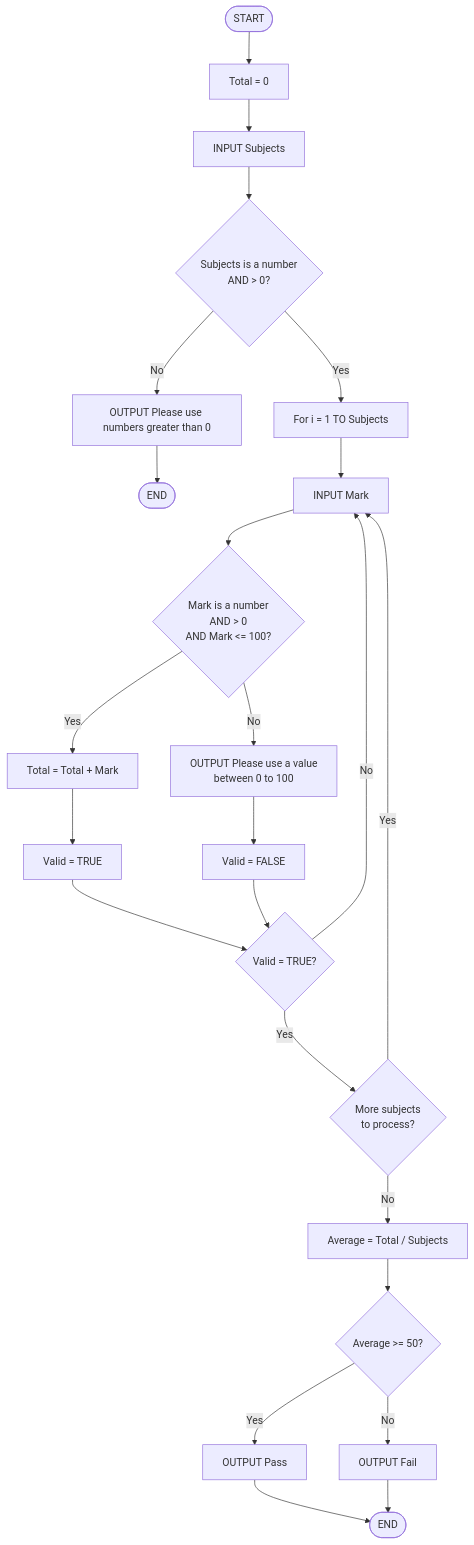
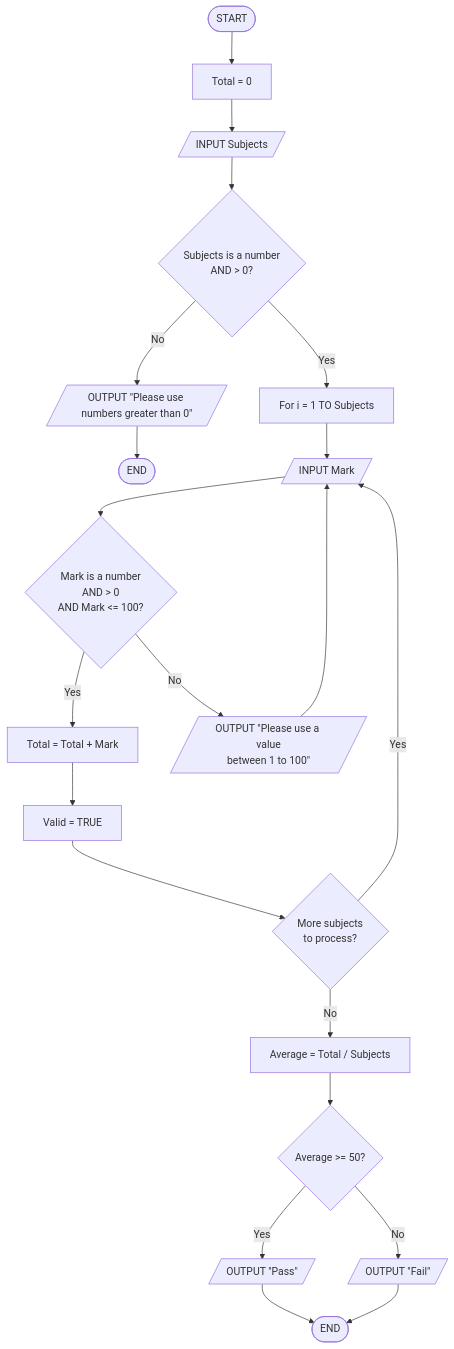
One commit to Matojotam/Workshop-Algorithm-and-flowchart changed the eighth of 10 diagrams in README.md. Above: the diagram before and after it, drawn with Mermaid. The commit also changed other lines of this file, not shown here.

````diff
--- a/README.md
+++ b/README.md
@@ -308,26 +357,43 @@
 ```mermaid
 flowchart TD
-    Start([START]) --> InitTotal[Total = 0]
-    InitTotal --> InputSubjects[INPUT Subjects]
-    InputSubjects --> CheckSubjects{Subjects is a number<br/>AND > 0?}
-    CheckSubjects -->|No| ErrorSubjects[OUTPUT Please use numbers greater than 0]
-    ErrorSubjects --> End1([END])
-    CheckSubjects -->|Yes| ForLoop[For i = 1 TO Subjects]
-    ForLoop --> InputMark[INPUT Mark]
-    InputMark --> CheckMark{Mark is a number<br/>AND > 0<br/>AND Mark <= 100?}
-    CheckMark -->|Yes| AddTotal[Total = Total + Mark]
-    AddTotal --> SetValidTrue[Valid = TRUE]
-    SetValidTrue --> CheckValid{Valid = TRUE?}
-    CheckMark -->|No| ErrorMark[OUTPUT Please use a value<br/>between 0 to 100]
-    ErrorMark --> SetValidFalse[Valid = FALSE]
-    SetValidFalse --> CheckValid
-    CheckValid -->|No| InputMark
-    CheckValid -->|Yes| NextIteration{More subjects<br/>to process?}
+
+    Start(["START"]) --> InitTotal["Total = 0"]
+
+    InitTotal --> InputSubjects[/INPUT Subjects/]
+
+    InputSubjects --> CheckSubjects{"Subjects is a number<br/>AND > 0?"}
+
+    CheckSubjects -->|No| ErrorSubjects[/OUTPUT "Please use numbers greater than 0"/]
+
+    ErrorSubjects --> End1(["END"])
+
+    CheckSubjects -->|Yes| ForLoop["For i = 1 TO Subjects"]
+
+    ForLoop --> InputMark[/INPUT Mark/]
+
+    InputMark --> CheckMark{"Mark is a number<br/>AND > 0<br/>AND Mark <= 100?"}
+
+    CheckMark -->|Yes| AddTotal["Total = Total + Mark"]
+
+    AddTotal --> SetValidTrue["Valid = TRUE"]
+
+    SetValidTrue --> NextIteration{"More subjects<br/>to process?"}
+
+    CheckMark -->|No| ErrorMark[/OUTPUT "Please use a value<br/>between 1 to 100"/]
+
+    ErrorMark --> InputMark
+
     NextIteration -->|Yes| InputMark
-    NextIteration -->|No| CalcAverage[Average = Total / Subjects]
-    CalcAverage --> CheckAverage{Average >= 50?}
-    CheckAverage -->|Yes| OutputPass[OUTPUT Pass]
-    CheckAverage -->|No| OutputFail[OUTPUT Fail]
-    OutputPass --> End2([END])
+
+    NextIteration -->|No| CalcAverage["Average = Total / Subjects"]
+
+    CalcAverage --> CheckAverage{"Average >= 50?"}
+
+    CheckAverage -->|Yes| OutputPass[/OUTPUT "Pass"/]
+
+    CheckAverage -->|No| OutputFail[/OUTPUT "Fail"/]
+
+    OutputPass --> End2(["END"])
+
     OutputFail --> End2
 ```
````
